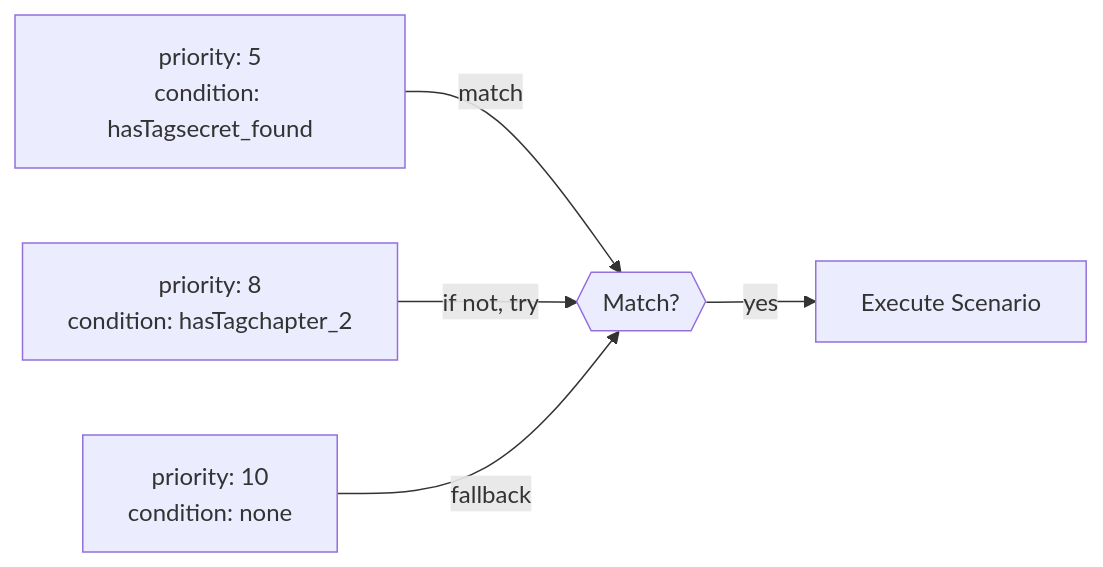
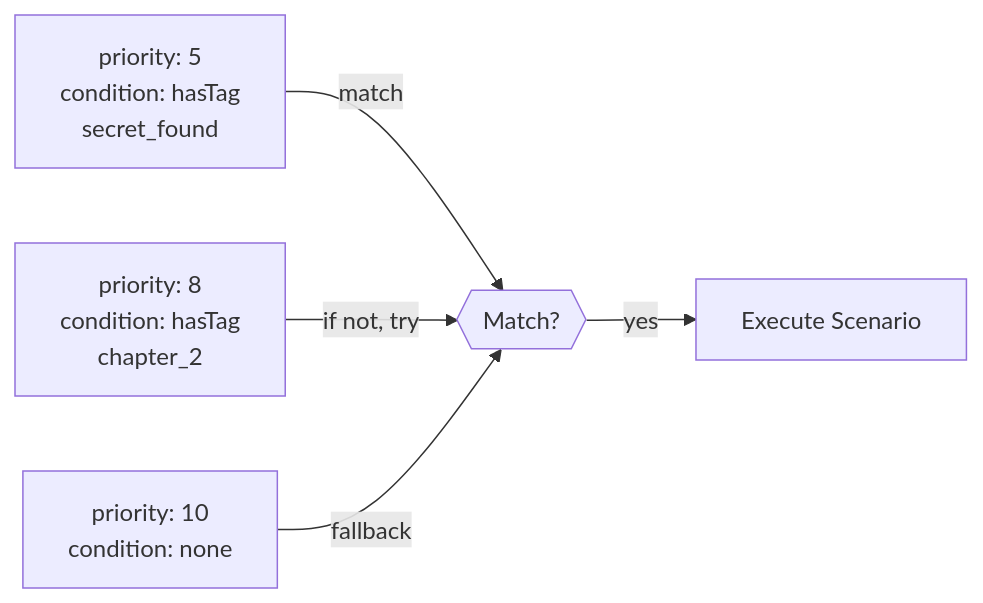
The diagram in docs/mods/scenes/scenarios/dsl/conditions/index.md (cthangover/cthangover.github.io), drawn with Mermaid before and after one commit. The commit also changed other lines of this file and 42 other files, not shown here.

````diff
--- a/docs/mods/scenes/scenarios/dsl/conditions/index.md
+++ b/docs/mods/scenes/scenarios/dsl/conditions/index.md
@@ -156,7 +156,7 @@
 ```mermaid
 flowchart LR
-    A["priority: 5<br/>condition: hasTag<span/>secret_found"] -->|match| S
-    B["priority: 8<br/>condition: hasTag<span/>chapter_2"] -->|if not, try| S
+    A["priority: 5<br/>condition: hasTag<br/>secret_found"] -->|match| S
+    B["priority: 8<br/>condition: hasTag<br/>chapter_2"] -->|if not, try| S
     C["priority: 10<br/>condition: none"] -->|fallback| S
     S{{"Match?"}} -->|yes| SCENE["Execute Scenario"]
 ```
````
